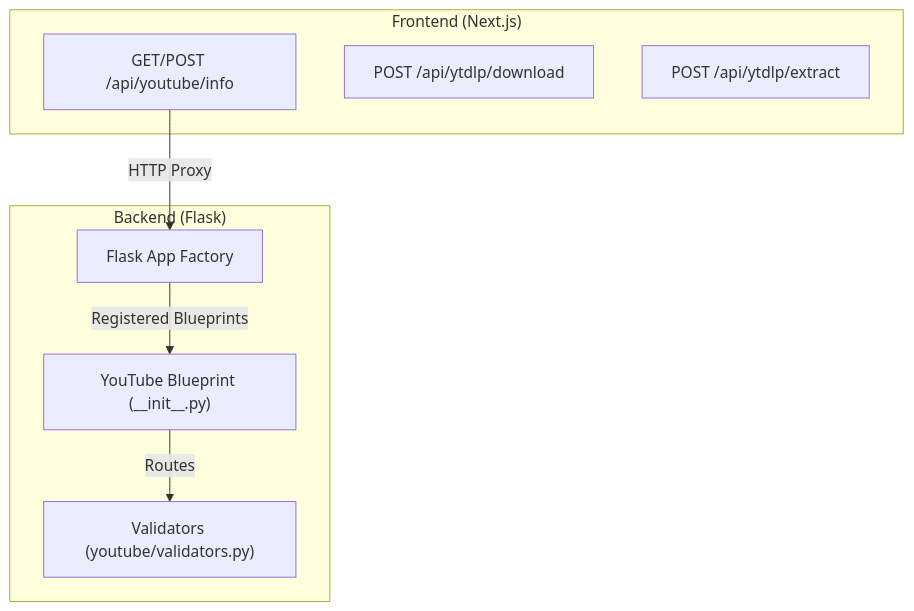
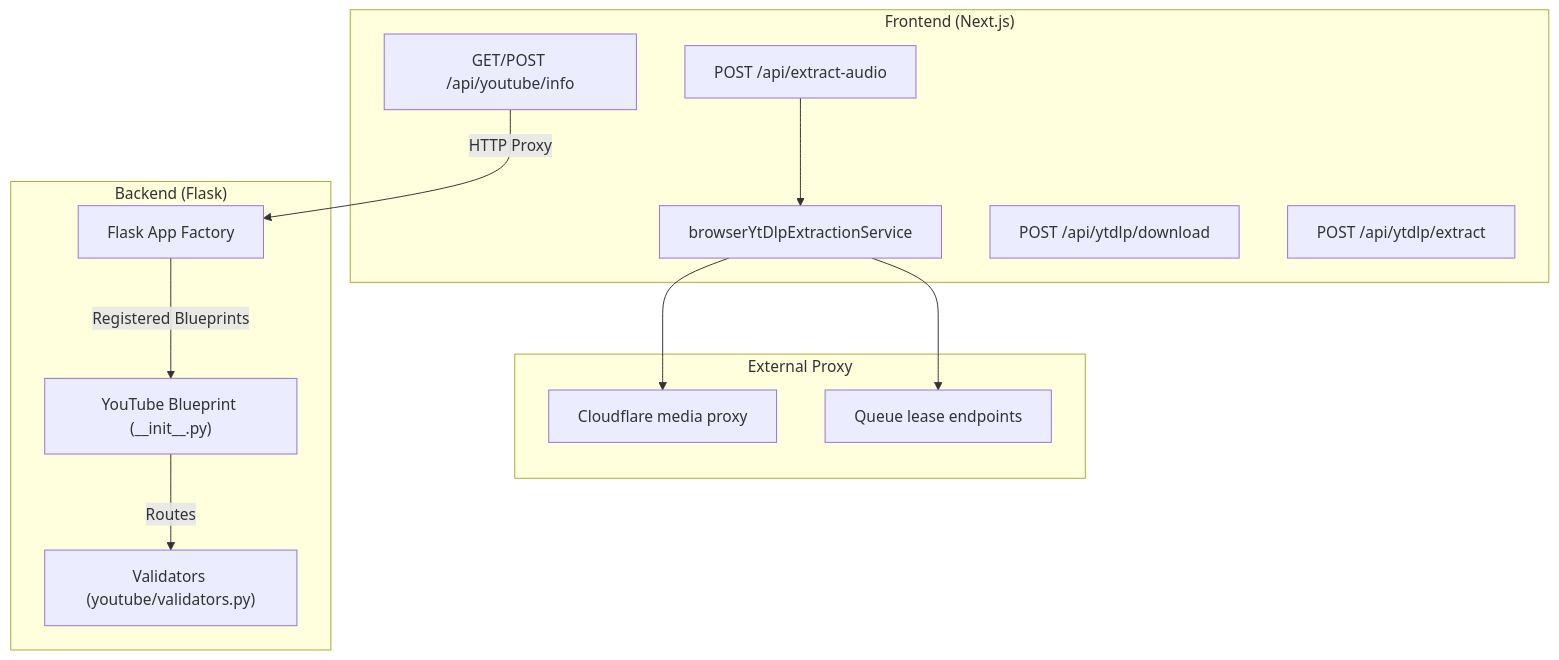
Before and after one commit to ptnghia-j/ChordMiniApp: the first of 7 diagrams in .qoder/repowiki/en/content/Backend Services/Blueprint Services/YouTube Blueprint.md, drawn with Mermaid. The commit also changed other lines of this file and 32 other files, not shown here.

````diff
--- a/.qoder/repowiki/en/content/Backend Services/Blueprint Services/YouTube Blueprint.md
+++ b/.qoder/repowiki/en/content/Backend Services/Blueprint Services/YouTube Blueprint.md
@@ -39,16 +40,25 @@
 ```mermaid
 graph TB
 subgraph "Frontend (Next.js)"
 FE_Info["GET/POST /api/youtube/info"]
+FE_ExtractAudio["POST /api/extract-audio"]
+FE_Browser["browserYtDlpExtractionService"]
 FE_Download["POST /api/ytdlp/download"]
 FE_Extract["POST /api/ytdlp/extract"]
+end
+subgraph "External Proxy"
+CF["Cloudflare media proxy"]
+Q["Queue lease endpoints"]
 end
 subgraph "Backend (Flask)"
 APP["Flask App Factory"]
 YT_BP["YouTube Blueprint (__init__.py)"]
 YT_VAL["Validators (youtube/validators.py)"]
 end
 FE_Info --> |"HTTP Proxy"| APP
+FE_ExtractAudio --> FE_Browser
+FE_Browser --> CF
+FE_Browser --> Q
 APP --> |"Registered Blueprints"| YT_BP
 YT_BP --> |"Routes"| YT_VAL
 ```
````
